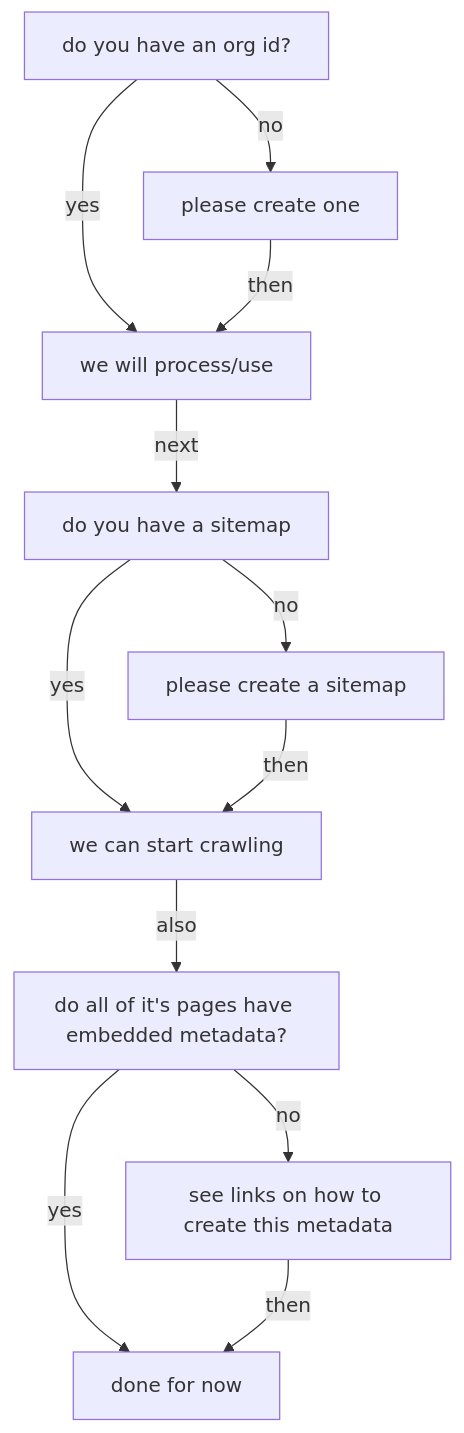
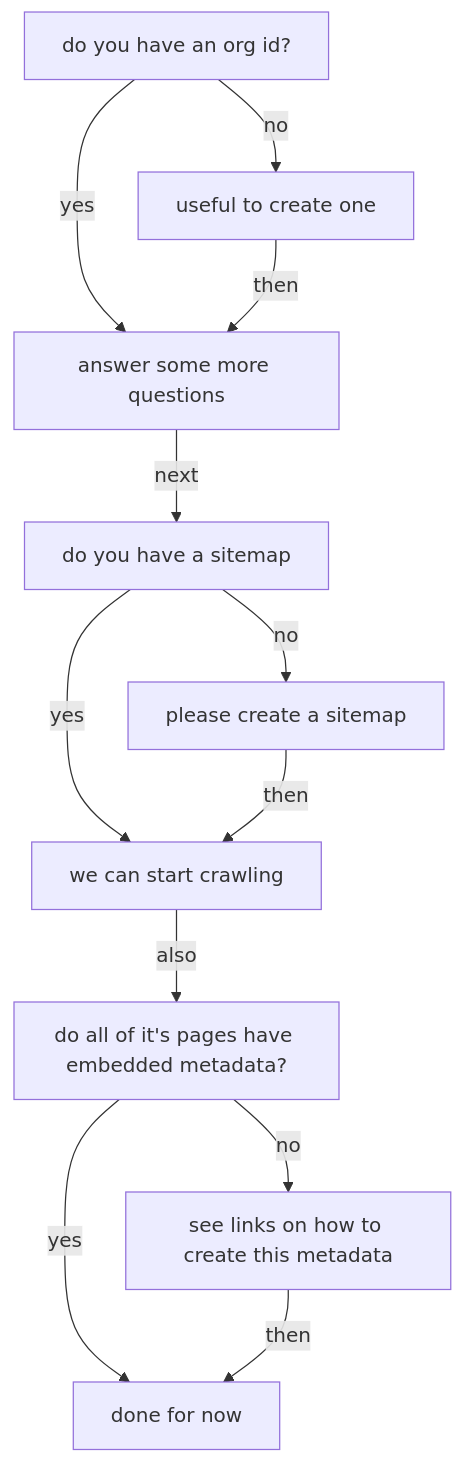
The diagram in doc/repo_onboarding.md (MBcode/ec), drawn with Mermaid before and after one commit.

Commit message:
Update repo_onboarding.md
alter diagram to mention (form)questions

````diff
--- a/doc/repo_onboarding.md
+++ b/doc/repo_onboarding.md
@@ -4,10 +4,10 @@
 ```mermaid
 flowchart TD;
-ror[do you have an org id?] -- yes --> process[we will process/use];
-ror -- no --> create[please create one] -- then --> process;
+ror[do you have an org id?] -- yes --> process[answer some more questions];
+ror -- no --> create[useful to create one] -- then --> process;
 process -- next --> sitemap[do you have a sitemap] -- yes --> crawl[we can start crawling];
 sitemap -- no --> mksm[please create a sitemap] -- then --> crawl;
 crawl -- also --> jld[do all of it's pages have embedded metadata?];
 jld -- yes --> good[done for now];
 jld -- no --> esipfed[see links on how to create this metadata] -- then --> good;
 ```
````
